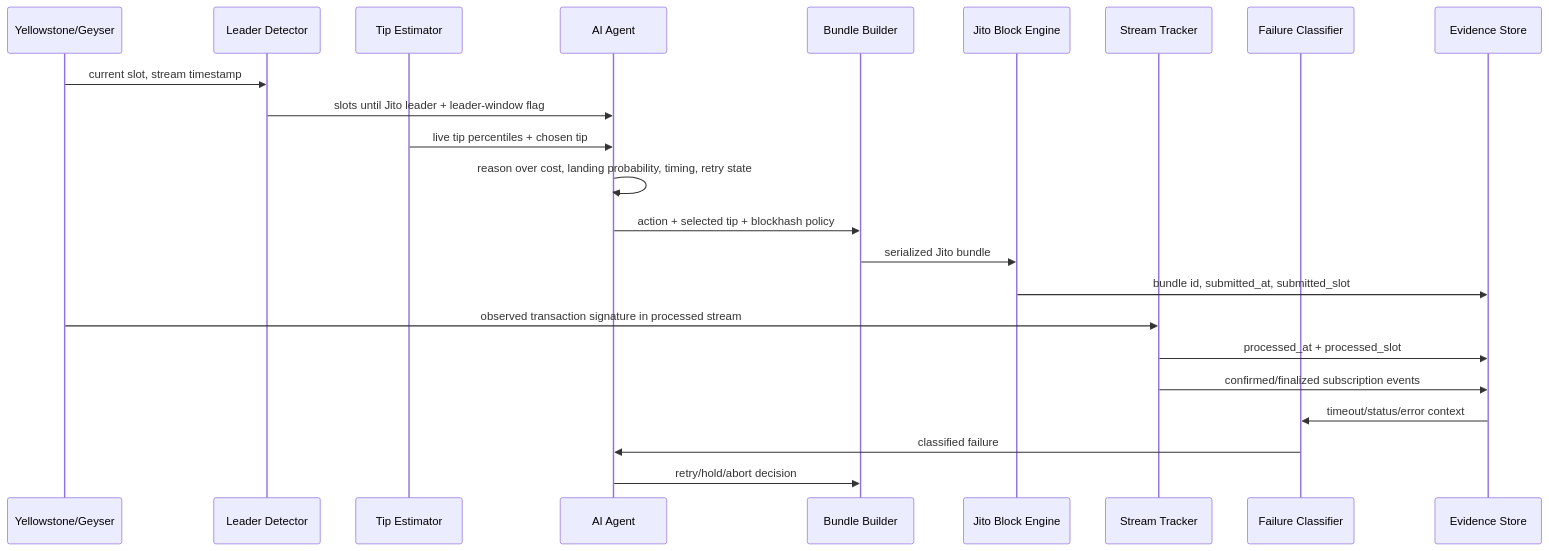
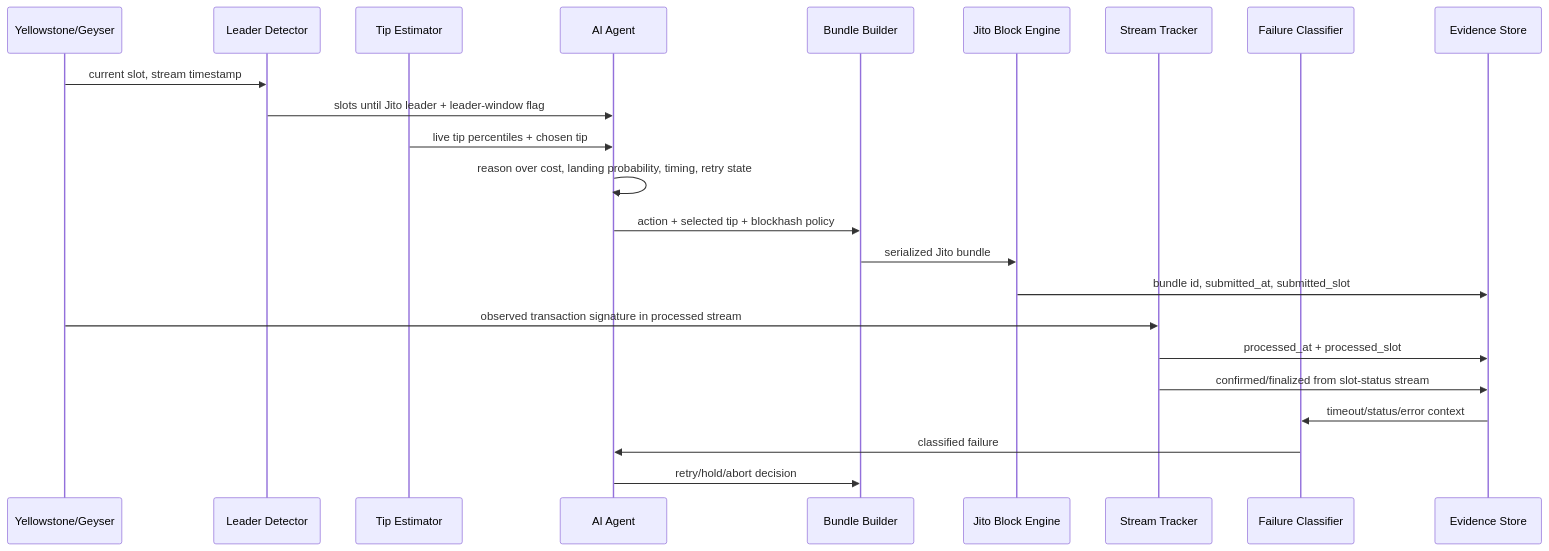
One commit to mayor01234/solana-smart-transaction-stack changed the second of 2 diagrams in docs/ARCHITECTURE_PUBLIC.md. Above: the diagram before and after it, drawn with Mermaid. The commit also changed other lines of this file and 1 other file, not shown here.

Commit message:
Align docs with code: commitment fallback is getSignatureStatuses polling (stream stays primary/required), not an onSignature subscription; fix README .env example to JITO_TRANSPORT=jsonrpc (the default)

````diff
--- a/docs/ARCHITECTURE_PUBLIC.md
+++ b/docs/ARCHITECTURE_PUBLIC.md
@@ -48,26 +48,26 @@
 ```mermaid
 sequenceDiagram
     participant G as Yellowstone/Geyser
     participant L as Leader Detector
     participant T as Tip Estimator
     participant A as AI Agent
     participant B as Bundle Builder
     participant J as Jito Block Engine
     participant S as Stream Tracker
     participant F as Failure Classifier
     participant E as Evidence Store
 
     G->>L: current slot, stream timestamp
     L->>A: slots until Jito leader + leader-window flag
     T->>A: live tip percentiles + chosen tip
     A->>A: reason over cost, landing probability, timing, retry state
     A->>B: action + selected tip + blockhash policy
     B->>J: serialized Jito bundle
     J->>E: bundle id, submitted_at, submitted_slot
     G->>S: observed transaction signature in processed stream
     S->>E: processed_at + processed_slot
-    S->>E: confirmed/finalized subscription events
+    S->>E: confirmed/finalized from slot-status stream
     E->>F: timeout/status/error context
     F->>A: classified failure
     A->>B: retry/hold/abort decision
 ```
````
